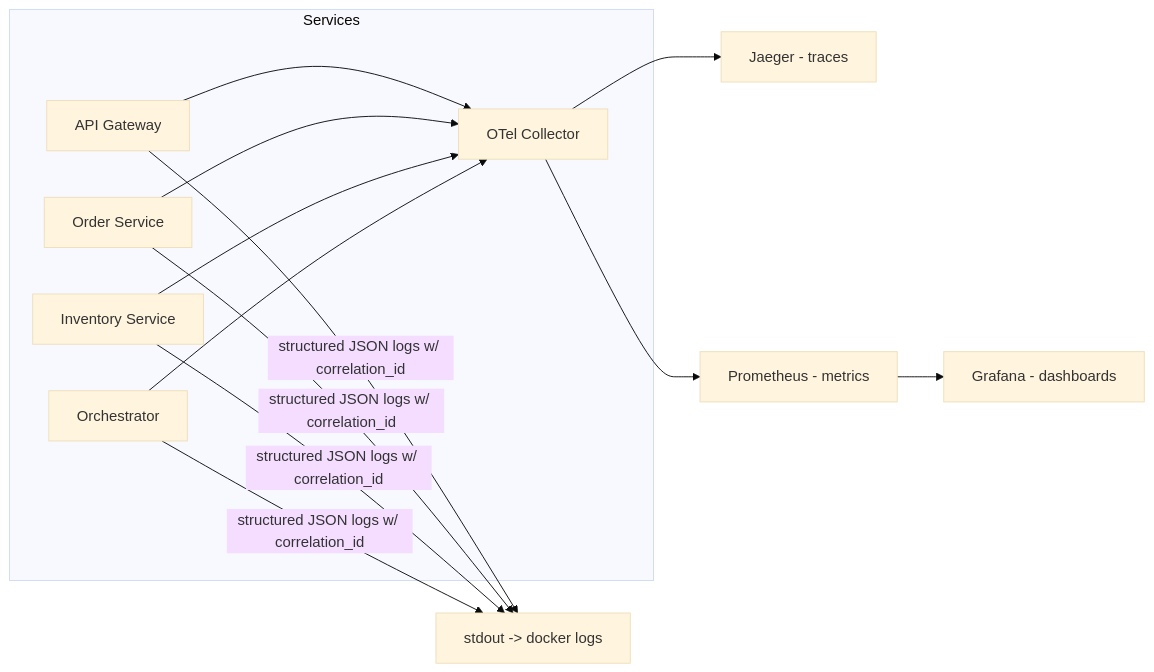
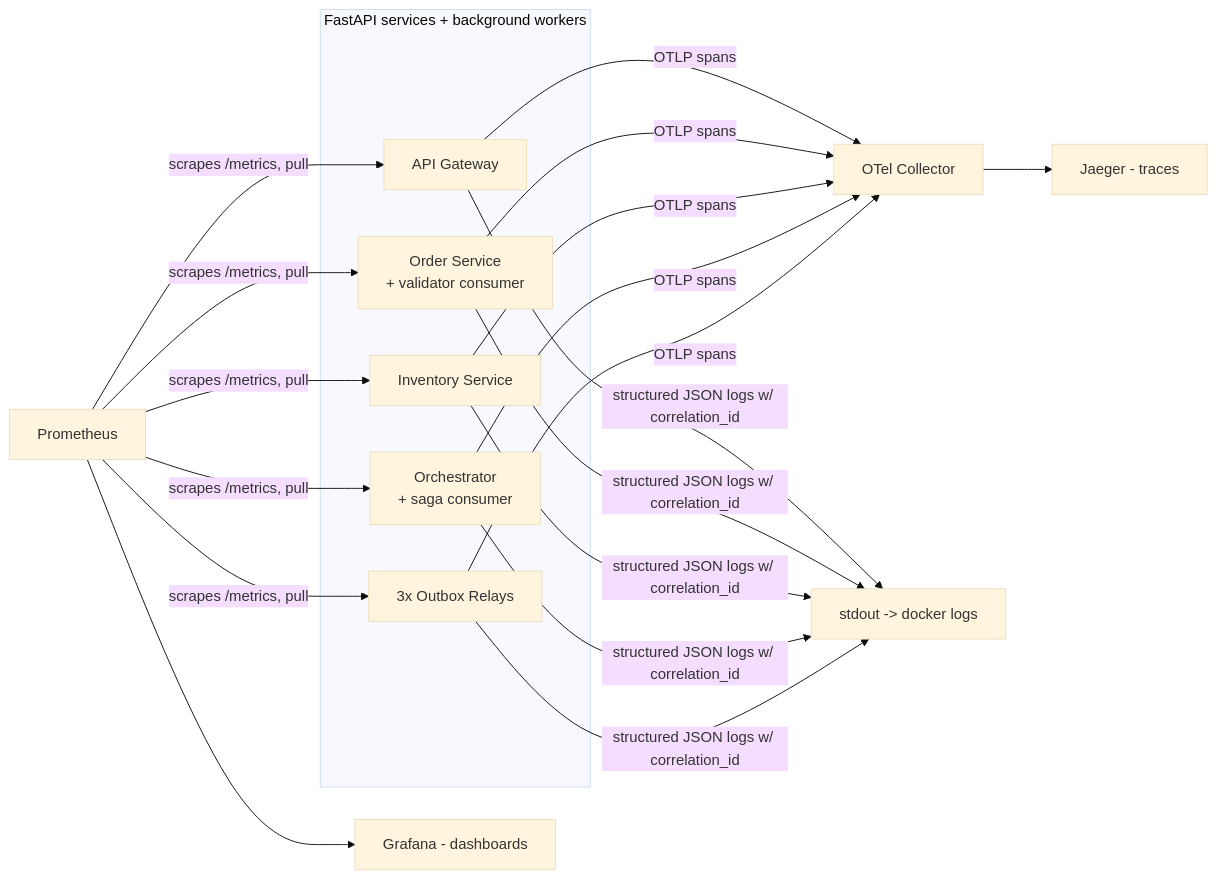
The eighth of 8 diagrams in docs/architecture.md (SamudralaAjaykumarrr/omniflow), drawn with Mermaid (base theme) before and after one commit. The commit also changed other lines of this file and 56 other files, not shown here.

First line of the commit message:
feat: implement Phase 3 observability (structured logging, tracing, metrics)

````diff
--- a/docs/architecture.md
+++ b/docs/architecture.md
@@ -257,13 +281,15 @@
 ```mermaid
 flowchart LR
-  subgraph Services
-    GW[API Gateway] --> OTEL
-    OS[Order Service] --> OTEL
-    INV[Inventory Service] --> OTEL
-    ORCH[Orchestrator] --> OTEL
+  subgraph Services["FastAPI services + background workers"]
+    GW[API Gateway]
+    OS[Order Service<br/>+ validator consumer]
+    INV[Inventory Service]
+    ORCH[Orchestrator<br/>+ saga consumer]
+    RELAYS[3x Outbox Relays]
   end
-  OTEL[OTel Collector] --> JAEGER[Jaeger - traces]
-  OTEL --> PROM[Prometheus - metrics]
+  GW & OS & INV & ORCH & RELAYS -->|OTLP spans| OTEL[OTel Collector]
+  OTEL --> JAEGER[Jaeger - traces]
+  PROM[Prometheus] -->|scrapes /metrics, pull| GW & OS & INV & ORCH & RELAYS
   PROM --> GRAF[Grafana - dashboards]
-  GW & OS & INV & ORCH -->|structured JSON logs w/ correlation_id| STDOUT[stdout -> docker logs]
+  GW & OS & INV & ORCH & RELAYS -->|structured JSON logs w/ correlation_id| STDOUT[stdout -> docker logs]
 ```
````
